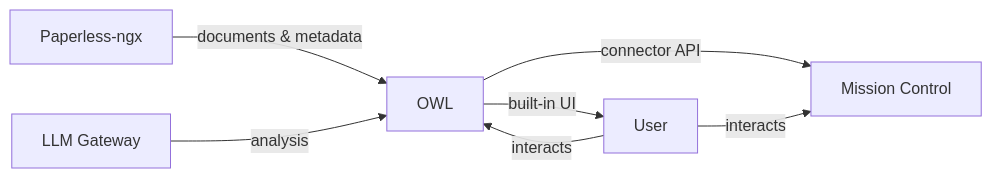
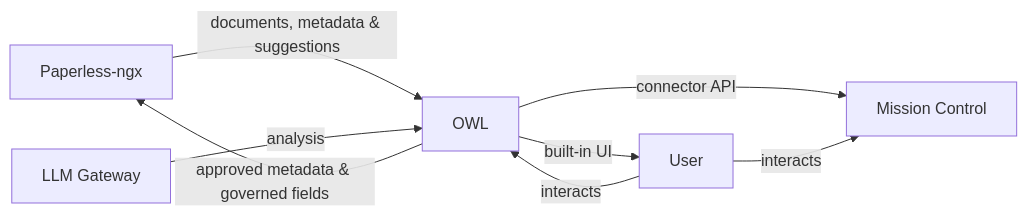
One commit to rsocko/owl changed the first of 4 diagrams in docs/architecture/index.md. Above: the diagram before and after it, drawn with Mermaid. The commit also changed other lines of this file and 8 other files, not shown here.

````diff
--- a/docs/architecture/index.md
+++ b/docs/architecture/index.md
@@ -16,9 +19,10 @@
 ```mermaid
 graph LR
-    P[Paperless-ngx] -->|documents & metadata| OWL[OWL]
+    P[Paperless-ngx] -->|documents, metadata & suggestions| OWL[OWL]
+    OWL -->|approved metadata & governed fields| P
     LLM[LLM Gateway] -->|analysis| OWL
     OWL -->|built-in UI| User
     OWL -->|connector API| MC[Mission Control]
     User -->|interacts| OWL
     User -->|interacts| MC
 ```
````
